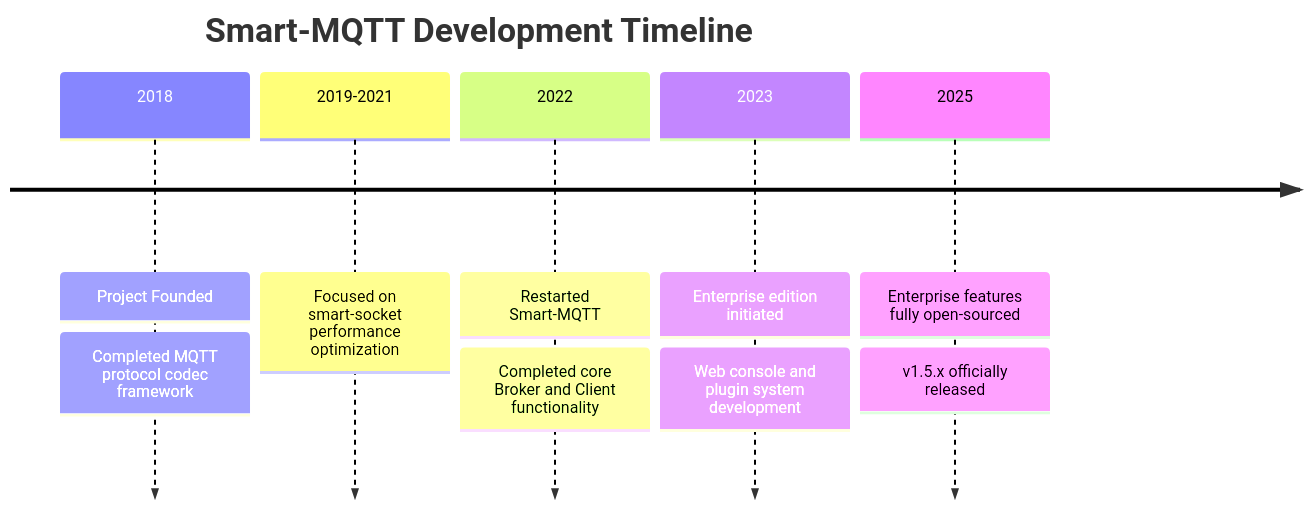
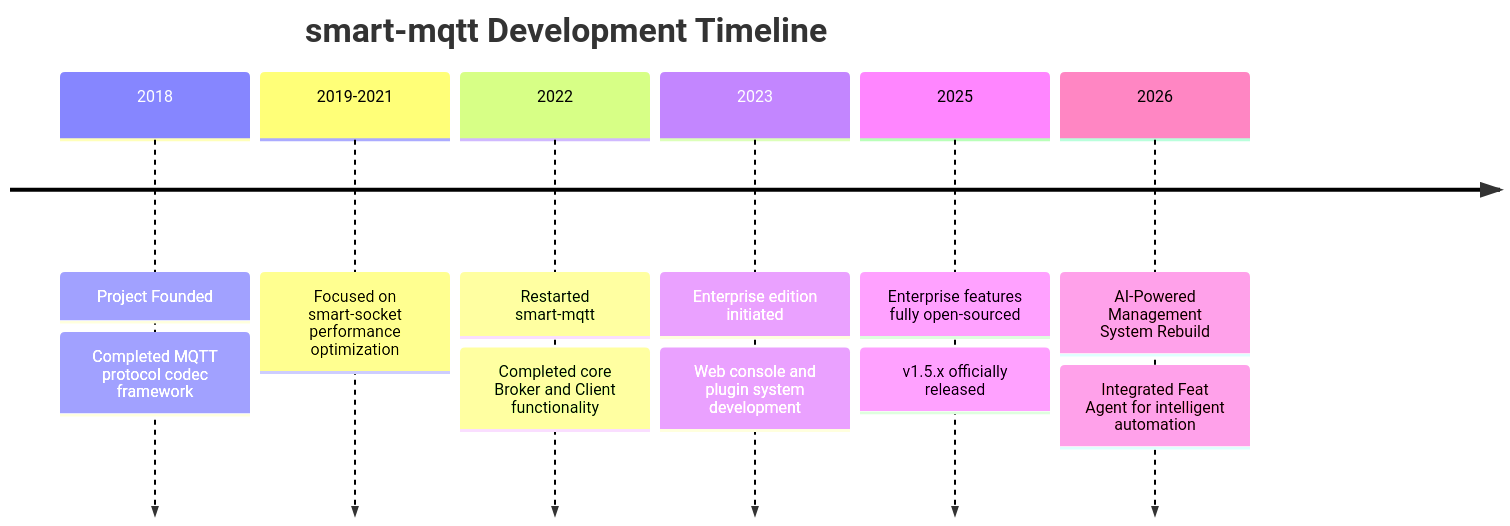
The diagram in README.md (smartboot/smart-mqtt), drawn with Mermaid before and after one commit. The commit also changed other lines of this file and 1 other file, not shown here.

First line of the commit message:
docs(readme): 添加项目架构图

````diff
--- a/README.md
+++ b/README.md
@@ -103,13 +102,15 @@
 ```mermaid
 timeline
-    title Smart-MQTT Development Timeline
+    title smart-mqtt Development Timeline
     2018 : Project Founded
          : Completed MQTT protocol codec framework
     2019-2021 : Focused on smart-socket performance optimization
-    2022 : Restarted Smart-MQTT
+    2022 : Restarted smart-mqtt
          : Completed core Broker and Client functionality
     2023 : Enterprise edition initiated
          : Web console and plugin system development
     2025 : Enterprise features fully open-sourced
          : v1.5.x officially released
+    2026 : AI-Powered Management System Rebuild
+         : Integrated Feat Agent for intelligent automation
 ```
````
